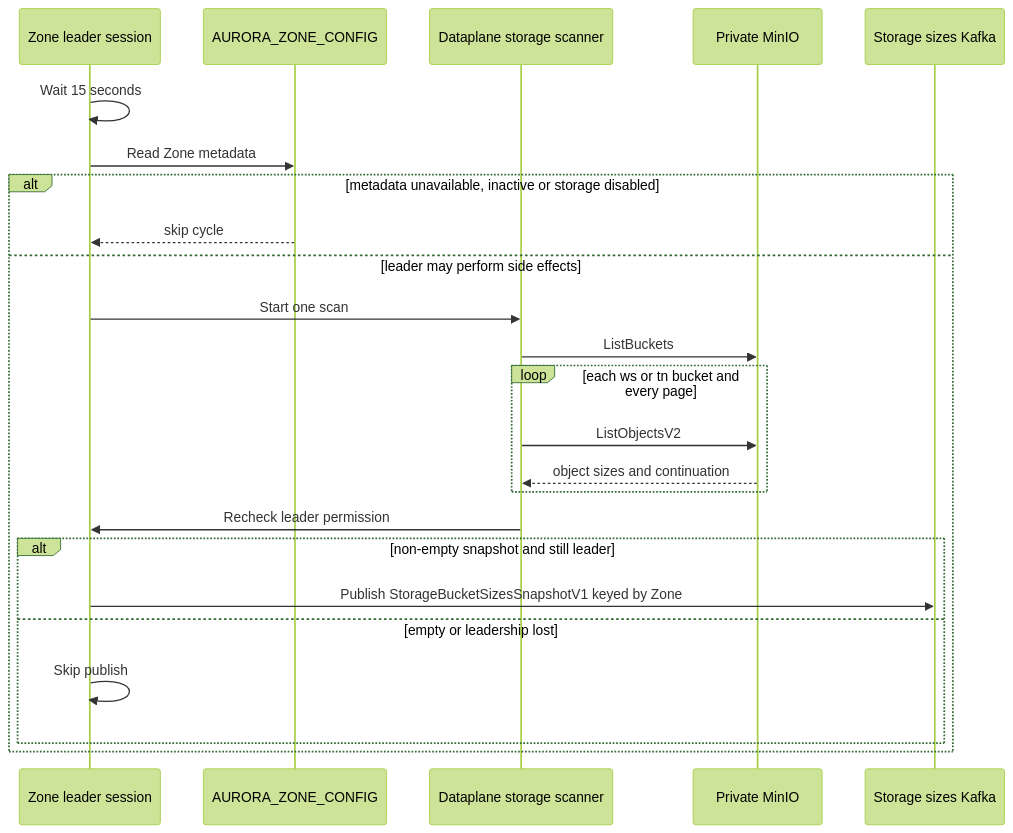
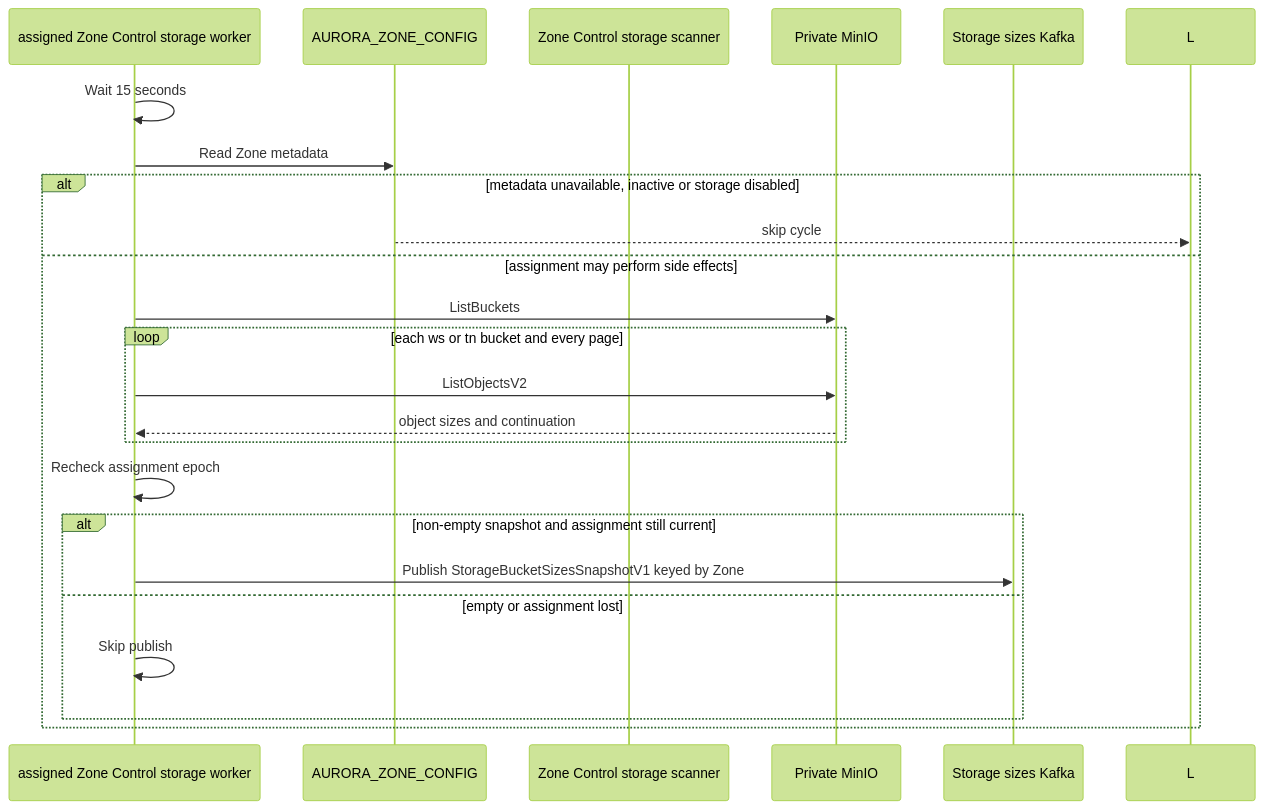
Before and after one commit to phucle996/aurora: the first of 3 diagrams in god_view/storage/storage_bucket_usage_projection_god_view_workflow.md, drawn with Mermaid (forest theme). The commit also changed other lines of this file and 58 other files, not shown here.

Commit message:
refactor(zone): complete distributed control cutover

````diff
--- a/god_view/storage/storage_bucket_usage_projection_god_view_workflow.md
+++ b/god_view/storage/storage_bucket_usage_projection_god_view_workflow.md
@@ -45,27 +45,26 @@
 ```mermaid
 sequenceDiagram
-    participant L as Zone leader session
+    participant ZC as assigned Zone Control storage worker
     participant KV as AURORA_ZONE_CONFIG
-    participant DP as Dataplane storage scanner
+    participant DP as Zone Control storage scanner
     participant M as Private MinIO
     participant K as Storage sizes Kafka
 
-    L->>L: Wait 15 seconds
-    L->>KV: Read Zone metadata
+    ZC->>ZC: Wait 15 seconds
+    ZC->>KV: Read Zone metadata
     alt metadata unavailable, inactive or storage disabled
         KV-->>L: skip cycle
-    else leader may perform side effects
-        L->>DP: Start one scan
-        DP->>M: ListBuckets
+    else assignment may perform side effects
+        ZC->>M: ListBuckets
         loop each ws or tn bucket and every page
-            DP->>M: ListObjectsV2
-            M-->>DP: object sizes and continuation
+            ZC->>M: ListObjectsV2
+            M-->>ZC: object sizes and continuation
         end
-        DP->>L: Recheck leader permission
-        alt non-empty snapshot and still leader
-            L->>K: Publish StorageBucketSizesSnapshotV1 keyed by Zone
-        else empty or leadership lost
-            L->>L: Skip publish
+        ZC->>ZC: Recheck assignment epoch
+        alt non-empty snapshot and assignment still current
+            ZC->>K: Publish StorageBucketSizesSnapshotV1 keyed by Zone
+        else empty or assignment lost
+            ZC->>ZC: Skip publish
         end
     end
 ```
````
